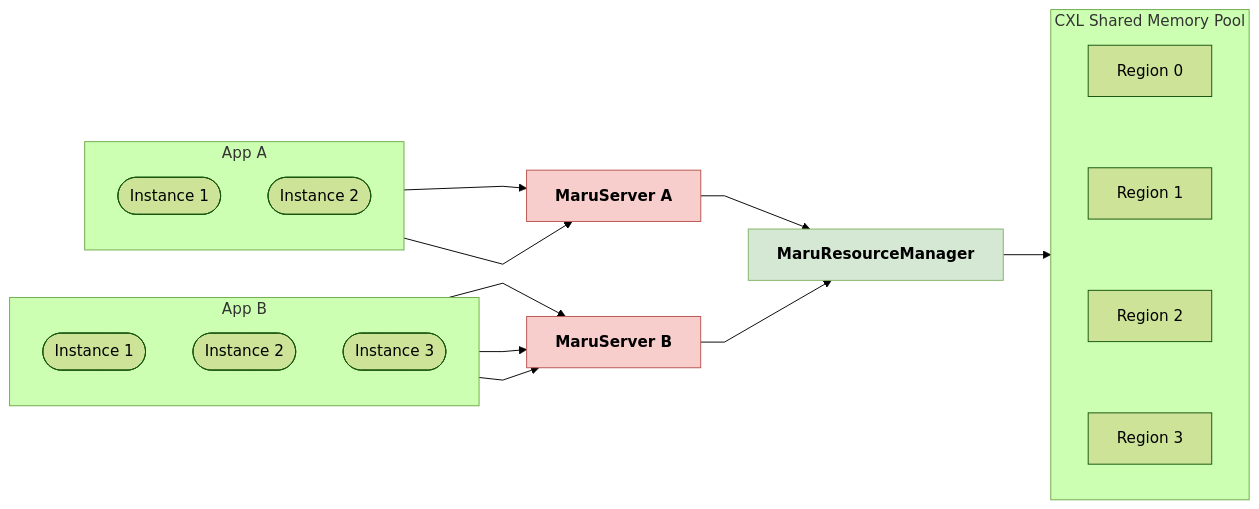
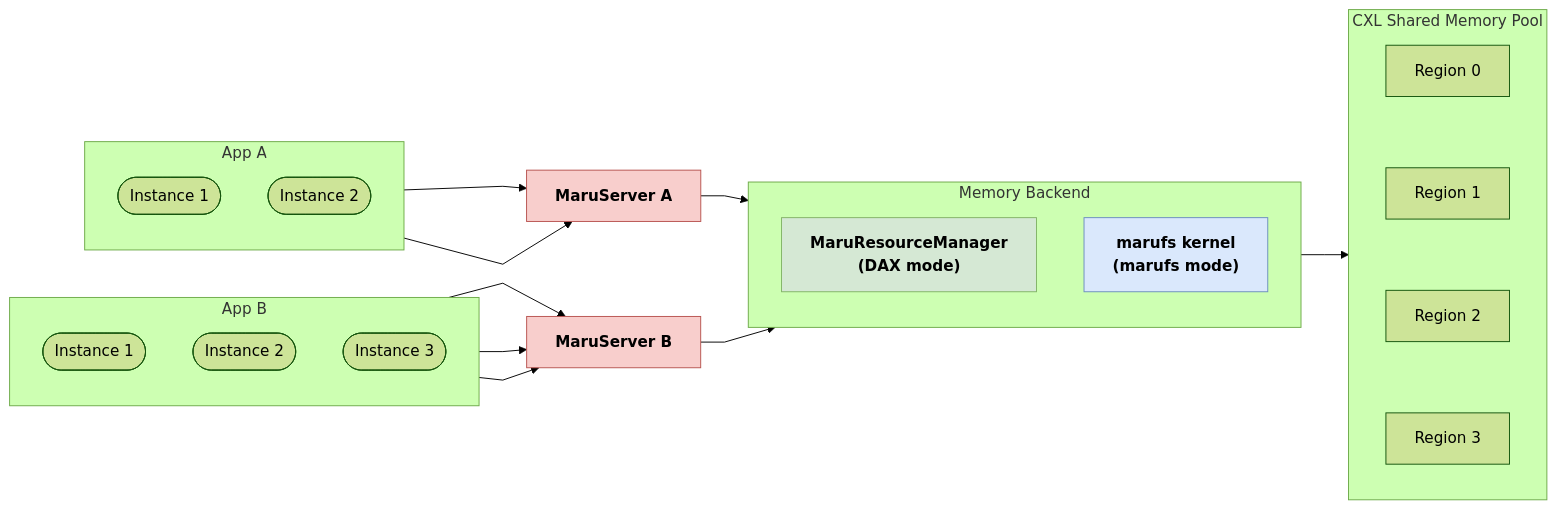
Before and after one commit to xcena-dev/maru: the second of 5 diagrams in docs/source/design_doc/architecture_overview.md, drawn with Mermaid (forest theme). The commit also changed other lines of this file and 3 other files, not shown here.

First line of the commit message:
docs: update design docs to reflect marufs hybrid architecture

````diff
--- a/docs/source/design_doc/architecture_overview.md
+++ b/docs/source/design_doc/architecture_overview.md
@@ -88,34 +99,41 @@
 ```mermaid
 %%{ init: { "flowchart": { "curve": "linear" } } }%%
 flowchart LR
     subgraph AppA["App A"]
         direction TB
         A1(["Instance 1"])
         A2(["Instance 2"])
     end
 
     subgraph AppB["App B"]
         direction TB
         B1(["Instance 1"])
         B2(["Instance 2"])
         B3(["Instance 3"])
     end
 
     MSA["MaruServer A"]:::maru
     MSB["MaruServer B"]:::maru
-    RM["MaruResourceManager"]:::rm
 
     A1 & A2 --> MSA
     B1 & B2 & B3 --> MSB
-    MSA & MSB --> RM
+
+    subgraph Backend["Memory Backend"]
+        direction TB
+        RM["MaruResourceManager<br/>(DAX mode)"]:::rm
+        KFS["marufs kernel<br/>(marufs mode)"]:::fs
+    end
+
+    MSA & MSB --> Backend
 
     subgraph CXL["CXL Shared Memory Pool"]
         direction TB
         R0["Region 0"] ~~~ R1["Region 1"] ~~~ R2["Region 2"] ~~~ R3["Region 3"]
     end
 
-    RM --> CXL
+    Backend --> CXL
 
     classDef maru fill:#f8cecc,stroke:#b85450,font-weight:bold
     classDef rm fill:#d5e8d4,stroke:#82b366,font-weight:bold
+    classDef fs fill:#dae8fc,stroke:#6c8ebf,font-weight:bold
 ```
````
